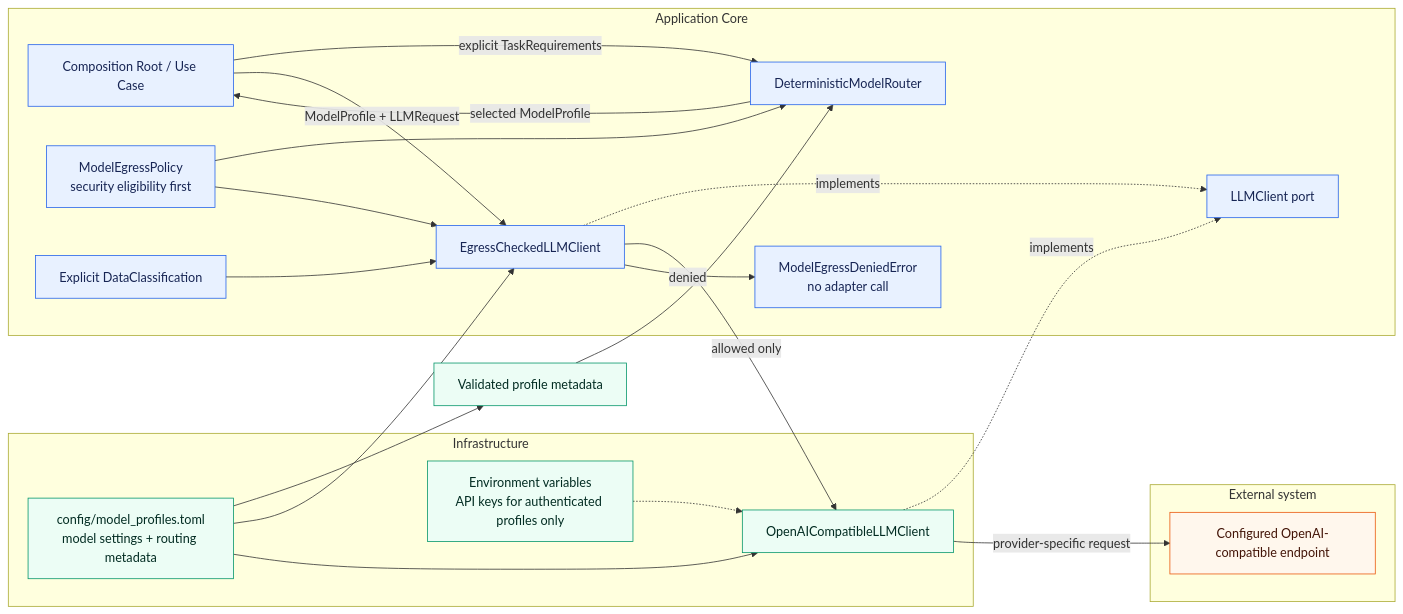
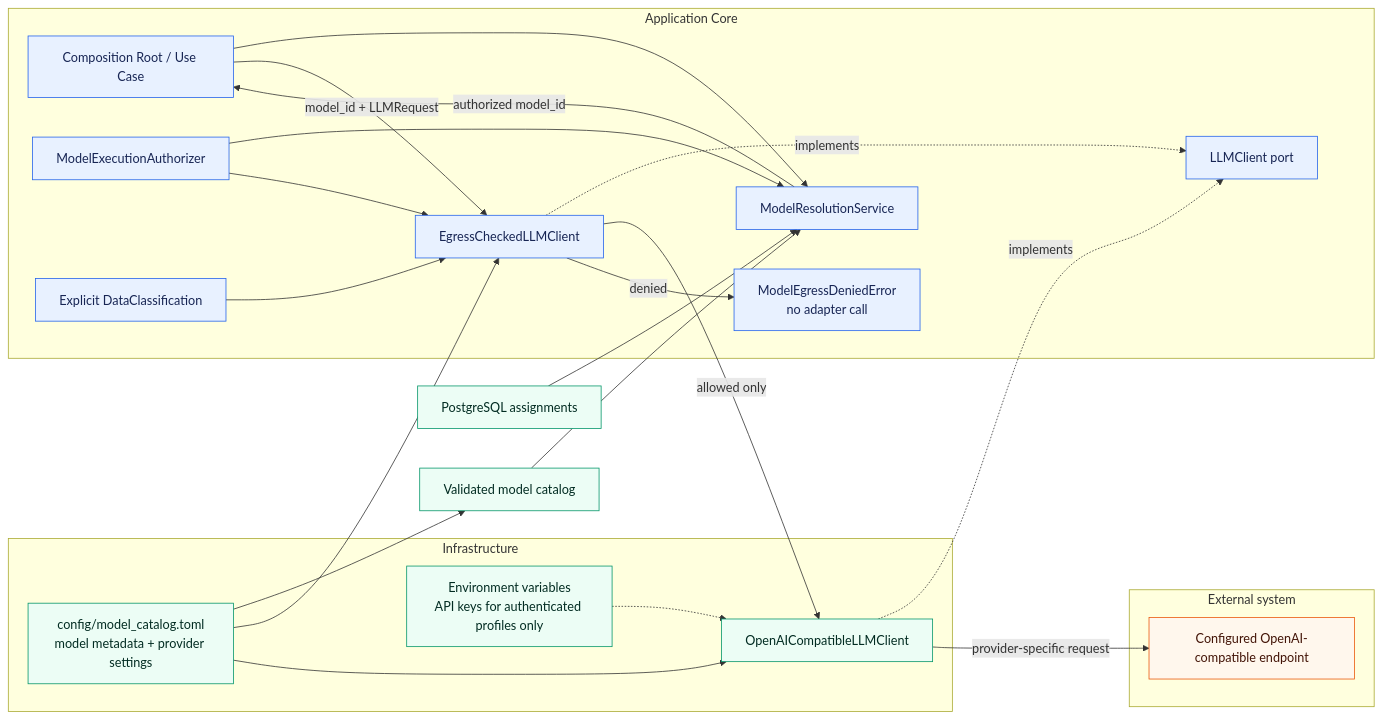
The eighth of 20 diagrams in docs/architecture/overview.md (aboerzel/industrial-ai-agent), drawn with Mermaid before and after one commit. The commit also changed other lines of this file and 68 other files, not shown here.

````diff
--- a/docs/architecture/overview.md
+++ b/docs/architecture/overview.md
@@ -557,47 +556,48 @@
 ```mermaid
 flowchart LR
-    A["Composition Root / Use Case"] -->|"explicit TaskRequirements"| R["DeterministicModelRouter"]
-    M["Validated profile metadata"] --> R
-    S["ModelEgressPolicy<br/>security eligibility first"] --> R
-    R -->|"selected ModelProfile"| A
-    A -->|"ModelProfile + LLMRequest"| G["EgressCheckedLLMClient"]
+    A["Composition Root / Use Case"] --> R["ModelResolutionService"]
+    DB["PostgreSQL assignments"] --> R
+    M["Validated model catalog"] --> R
+    S["ModelExecutionAuthorizer"] --> R
+    R -->|"authorized model_id"| A
+    A -->|"model_id + LLMRequest"| G["EgressCheckedLLMClient"]
     P["LLMClient port"]
     G -.->|"implements"| P
     C["OpenAICompatibleLLMClient"] -.->|"implements"| P
     CL["Explicit DataClassification"] --> G
     S --> G
-    TOML["config/model_profiles.toml<br/>model settings + routing metadata"] --> M
+    TOML["config/model_catalog.toml<br/>model metadata + provider settings"] --> M
     TOML --> G
     TOML --> C
     ENV["Environment variables<br/>API keys for authenticated profiles only"] -.-> C
     G -->|"allowed only"| C
     G -->|"denied"| F["ModelEgressDeniedError<br/>no adapter call"]
     C -->|"provider-specific request"| E["Configured OpenAI-compatible endpoint"]
 
     subgraph Core["Application Core"]
         A
         P
         G
         CL
         R
         S
         F
     end
 
     subgraph Infrastructure["Infrastructure"]
         C
         TOML
         ENV
     end
 
     subgraph External["External system"]
         E
     end
 
     classDef core fill:#e8f1ff,stroke:#2563eb,color:#172554
     classDef adapter fill:#ecfdf5,stroke:#059669,color:#022c22
     classDef external fill:#fff7ed,stroke:#ea580c,color:#431407
     class A,P,G,CL,R,S,F core
-    class C,TOML,M,ENV adapter
+    class C,TOML,M,DB,ENV adapter
     class E external
 ```
````
